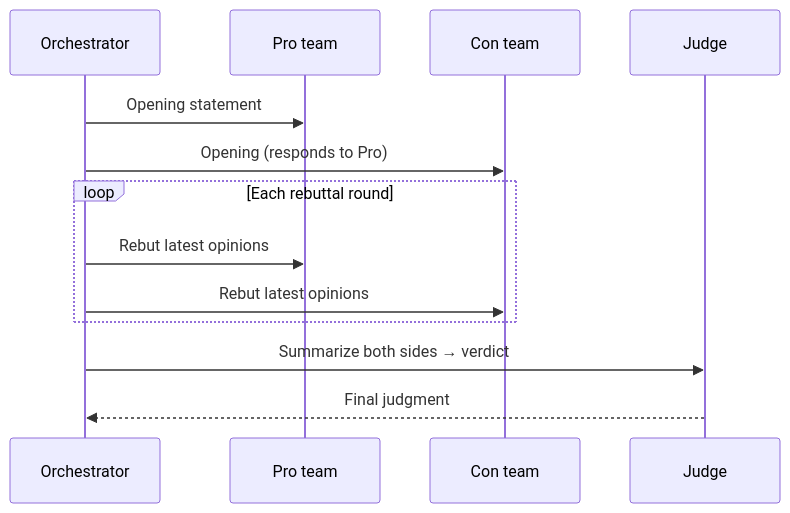
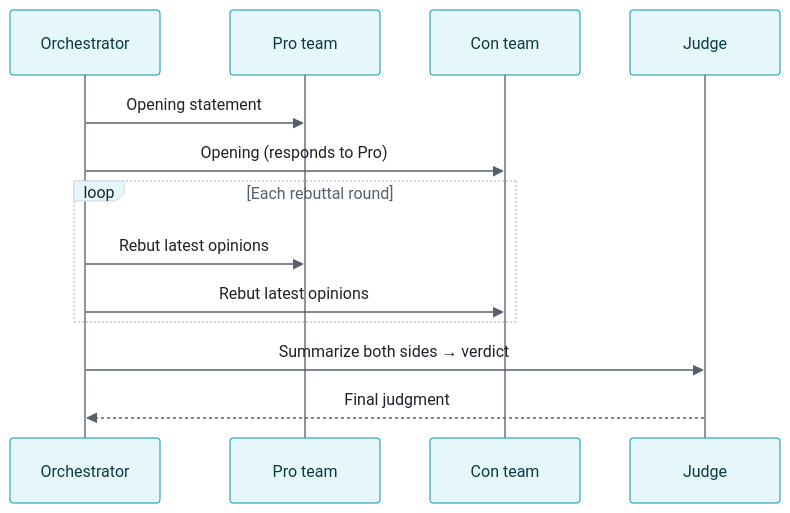
Before and after one commit to Hello-job/agent-team: the second of 2 diagrams in README.md, drawn with Mermaid. The commit also changed other lines of this file, not shown here.

First line of the commit message:
docs: restyle README architecture diagrams + update to current core

````diff
--- a/README.md
+++ b/README.md
@@ -66,16 +84,17 @@
 ```mermaid
+%%{init: {'theme':'base','themeVariables':{'fontFamily':'-apple-system, BlinkMacSystemFont, Segoe UI, Helvetica, sans-serif','actorBkg':'#e6f7fb','actorBorder':'#0d93a8','actorTextColor':'#0b3b44','actorLineColor':'#8c959f','signalColor':'#57606a','signalTextColor':'#1f2328','labelBoxBkg':'#f6f8fa','labelBoxBorderColor':'#d0d7de','labelTextColor':'#1f2328','loopTextColor':'#57606a','noteBkgColor':'#fff4e6','noteBorderColor':'#bc6c25','noteTextColor':'#5c3a13'}}}%%
 sequenceDiagram
     participant O as Orchestrator
     participant P as Pro team
     participant C as Con team
     participant J as Judge
 
     O->>P: Opening statement
     O->>C: Opening (responds to Pro)
     loop Each rebuttal round
         O->>P: Rebut latest opinions
         O->>C: Rebut latest opinions
     end
     O->>J: Summarize both sides → verdict
     J-->>O: Final judgment
 ```
````
